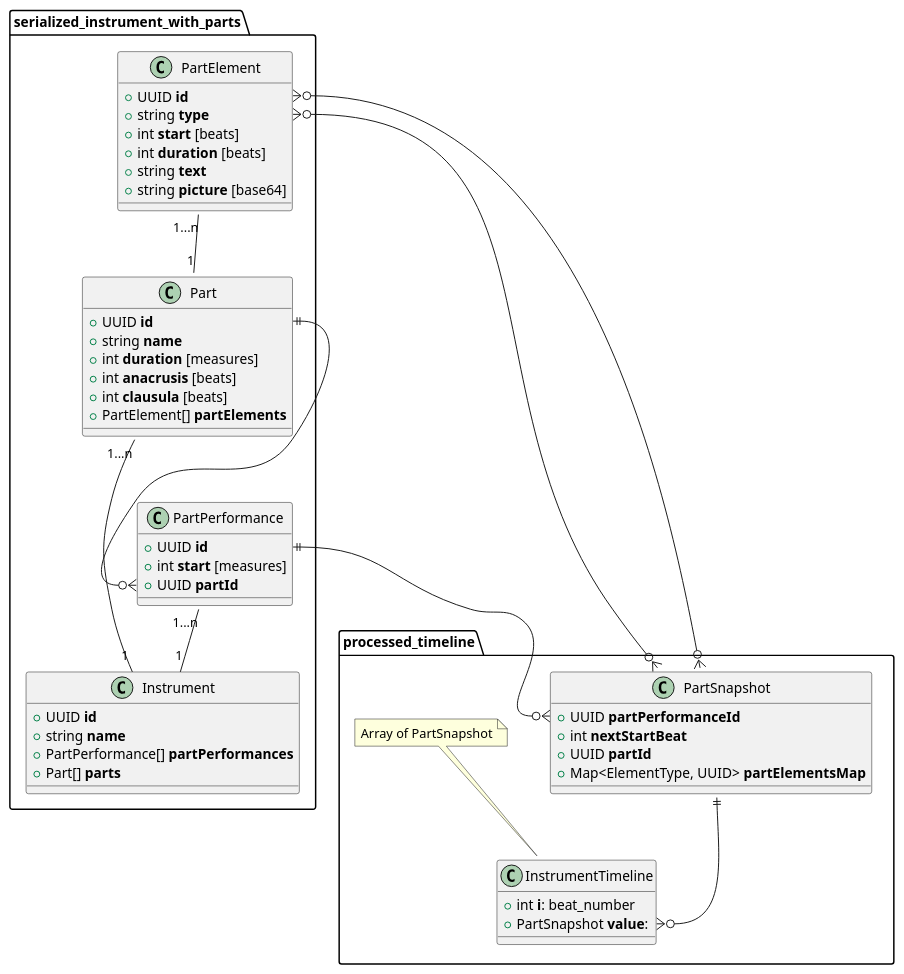
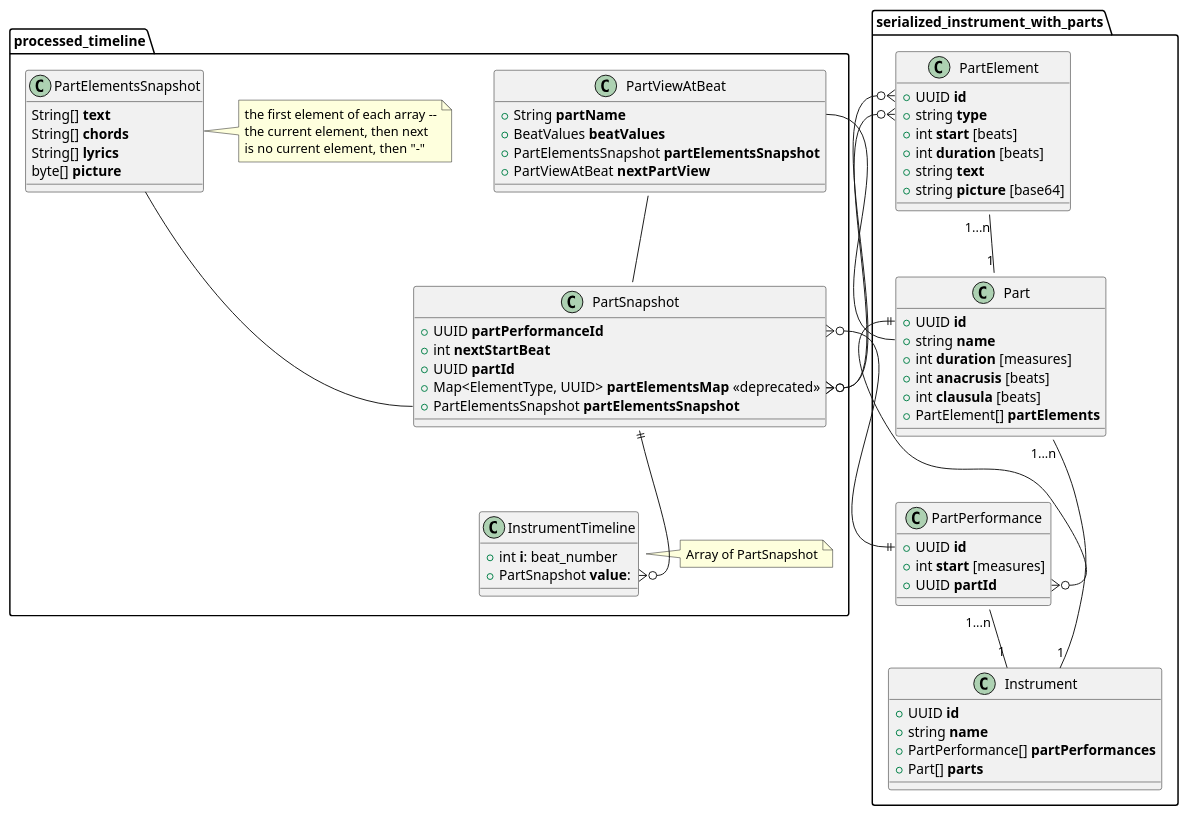
The diagram in doc/instrument-timeline.puml (bcemehob/kapellmeister), drawn with PlantUML before and after one commit.

Commit message:
update instrument timeline diagram

```diff
--- a/doc/instrument-timeline.puml
+++ b/doc/instrument-timeline.puml
@@ -1,64 +1,88 @@
 @startuml
 
   package processed_timeline
   {
+    class PartViewAtBeat {
+        + String <b>partName
+        + BeatValues <b>beatValues
+        + PartElementsSnapshot <b>partElementsSnapshot
+        + PartViewAtBeat <b>nextPartView
+    }
+
     class InstrumentTimeline {
         + int <b>i</b>: beat_number
         + PartSnapshot <b>value</b>:
     }
-    note top {
+    note right {
     Array of PartSnapshot
     }
+
+    class PartElementsSnapshot {
+        String[] <b>text
+        String[] <b>chords
+        String[] <b>lyrics
+        byte[] <b>picture
+    }
+        note right {
+        the first element of each array --
+        the current element, then next
+        is no current element, then "-"
+        }
+
 
     class PartSnapshot{
         + UUID <b>partPerformanceId
         + int <b>nextStartBeat
         + UUID <b>partId
-        + Map<ElementType, UUID> <b>partElementsMap
+        + Map<ElementType, UUID> <b>partElementsMap</b> <<deprecated>>
+        + PartElementsSnapshot <b>partElementsSnapshot
     }
   }
 
   package serialized_instrument_with_parts
   {
     class Instrument {
         + UUID <b>id
         + string <b>name
         + PartPerformance[] <b>partPerformances
         + Part[] <b>parts
     }
 
     class Part {
         + UUID <b>id
         + string <b>name
         + int <b>duration</b> [measures]
         + int <b>anacrusis</b> [beats]
         + int <b>clausula</b> [beats]
         + PartElement[] <b>partElements
     }
 
     class PartPerformance {
         + UUID <b>id
         + int <b>start</b> [measures]
         + UUID <b>partId
     }
 
     class PartElement {
         + UUID <b>id
         + string <b>type
         + int <b>start</b> [beats]
         + int <b>duration</b> [beats]
         + string <b>text</b>
         + string <b>picture</b> [base64]
     }
 }
 Part "1...n" -- "1" Instrument
 PartElement "1...n" -- "1" Part
 PartPerformance "1...n" -- "1" Instrument
+PartElementsSnapshot -- PartSnapshot::partElementsSnapshot
 'PartPerformance::partId }o---||  Part::id
+PartViewAtBeat::partName -- Part::name
+PartViewAtBeat::currentElements -- PartSnapshot::currentElements
 Part::id ||--o{ PartPerformance::partId
 PartSnapshot::id ||--o{ InstrumentTimeline::value
-PartElement::type }o--o{ PartSnapshot::partElementIds
+PartElement::type }o--o{ PartSnapshot::partElementsMap
 PartPerformance::id ||--o{ PartSnapshot::partPerformanceId
-PartElement::id }o--o{ PartSnapshot::partElementIds
+PartElement::id }o--o{ PartSnapshot::partElementsMap
 
 @enduml
```
